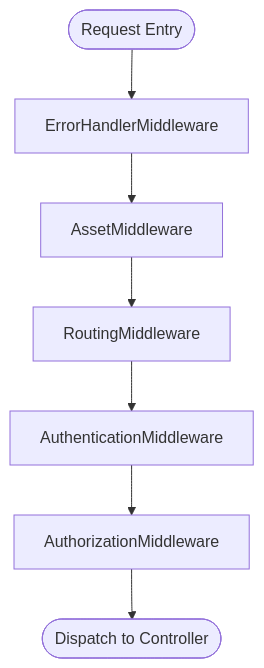
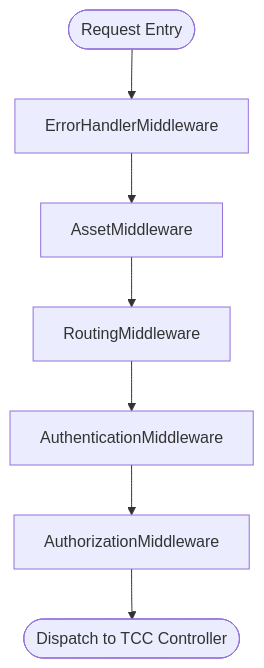
One commit to luiseduacosta/tcc4 changed the third of 10 diagrams in .qoder/repowiki/en/content/Architecture Overview/Architecture Overview.md. Above: the diagram before and after it, drawn with Mermaid. The commit also changed other lines of this file and 101 other files, not shown here.

````diff
--- a/.qoder/repowiki/en/content/Architecture Overview/Architecture Overview.md
+++ b/.qoder/repowiki/en/content/Architecture Overview/Architecture Overview.md
@@ -139,9 +142,9 @@
 ```mermaid
 flowchart TD
 Start(["Request Entry"]) --> Err["ErrorHandlerMiddleware"]
 Err --> Assets["AssetMiddleware"]
 Assets --> Routes["RoutingMiddleware"]
 Routes --> Auth["AuthenticationMiddleware"]
 Auth --> Authz["AuthorizationMiddleware"]
-Authz --> End(["Dispatch to Controller"])
+Authz --> End(["Dispatch to TCC Controller"])
 ```
````
